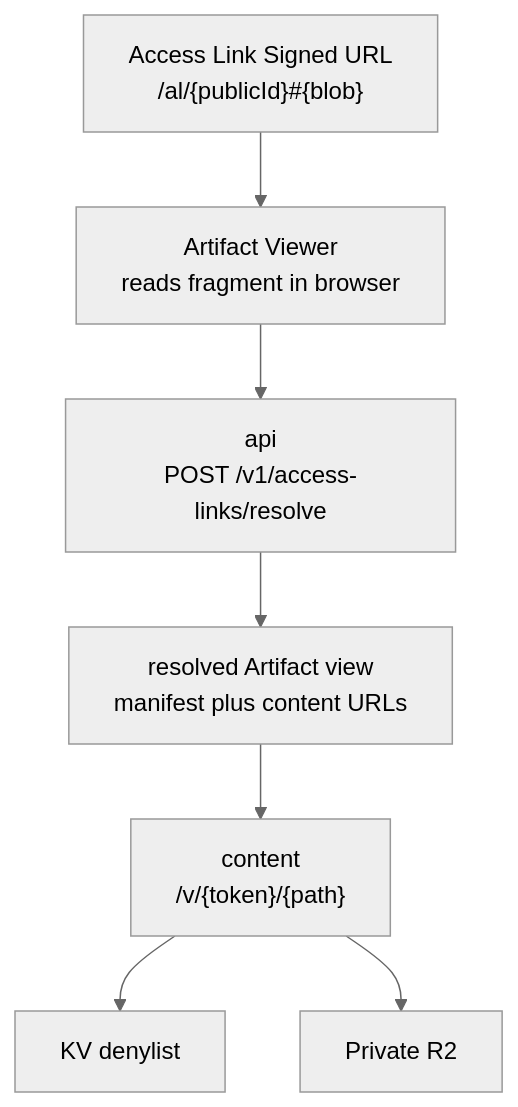
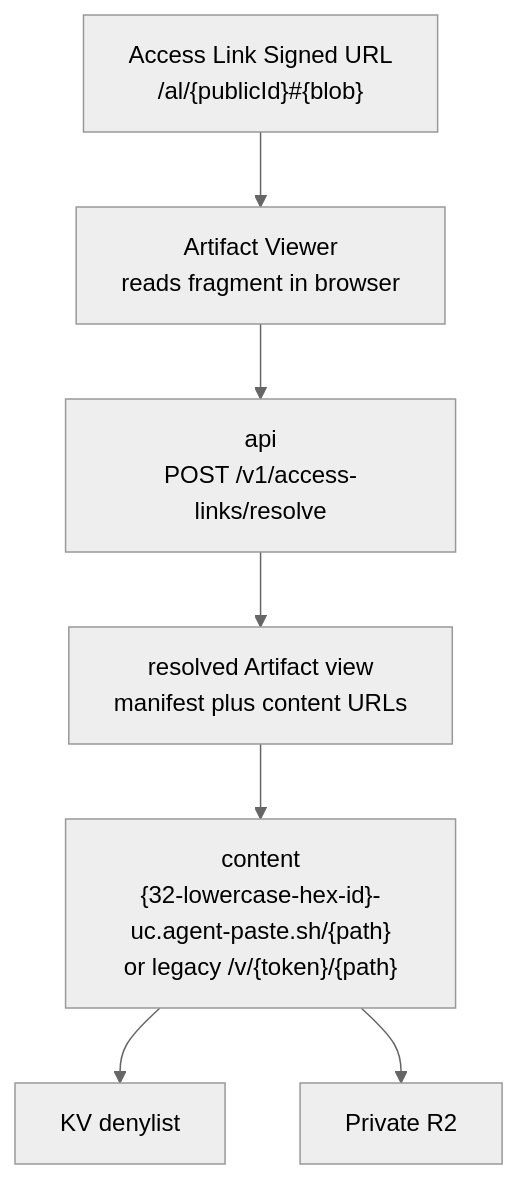
Before and after one commit to zaks-io/agent-paste: the third of 5 diagrams in docs/specs/architecture.md, drawn with Mermaid (neutral theme). The commit also changed other lines of this file and 39 other files, not shown here.

````diff
--- a/docs/specs/architecture.md
+++ b/docs/specs/architecture.md
@@ -135,17 +136,17 @@
 ```mermaid
 flowchart TD
   link["Access Link Signed URL<br/>/al/{publicId}#{blob}"]
   viewer["Artifact Viewer<br/>reads fragment in browser"]
   resolve["api<br/>POST /v1/access-links/resolve"]
   manifest["resolved Artifact view<br/>manifest plus content URLs"]
-  content["content<br/>/v/{token}/{path}"]
+  content["content<br/>{32-lowercase-hex-id}-uc.agent-paste.sh/{path}<br/>or legacy /v/{token}/{path}"]
   r2["Private R2"]
   kv["KV denylist"]
 
   link --> viewer
   viewer --> resolve
   resolve --> manifest
   manifest --> content
   content --> kv
   content --> r2
 ```
````
